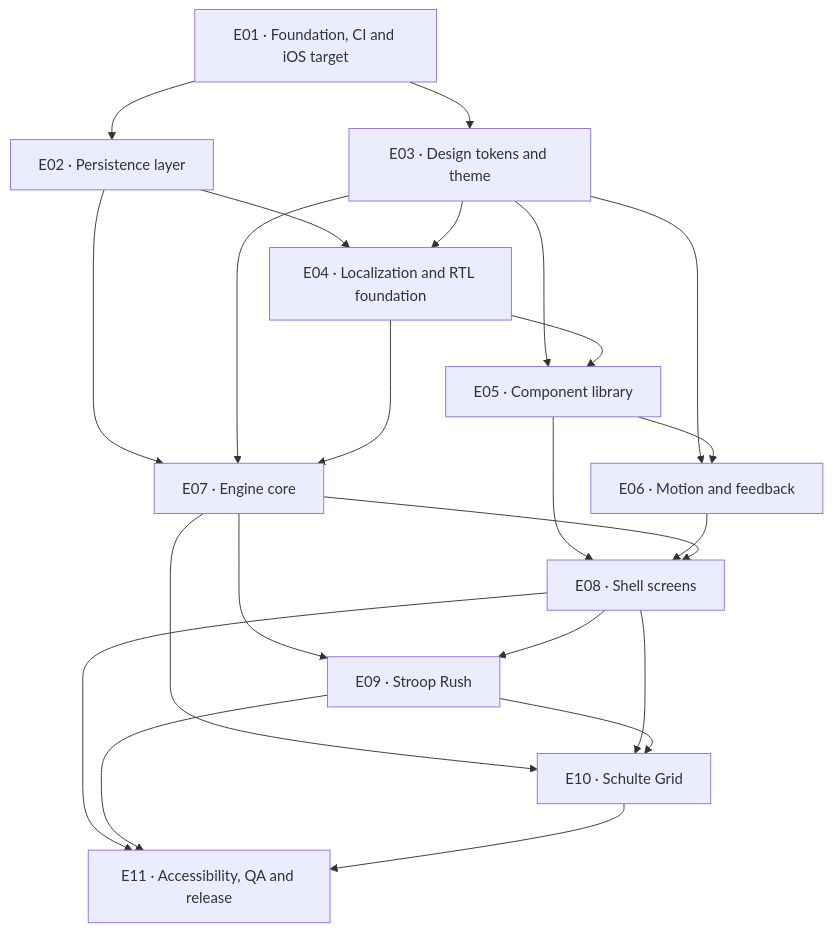
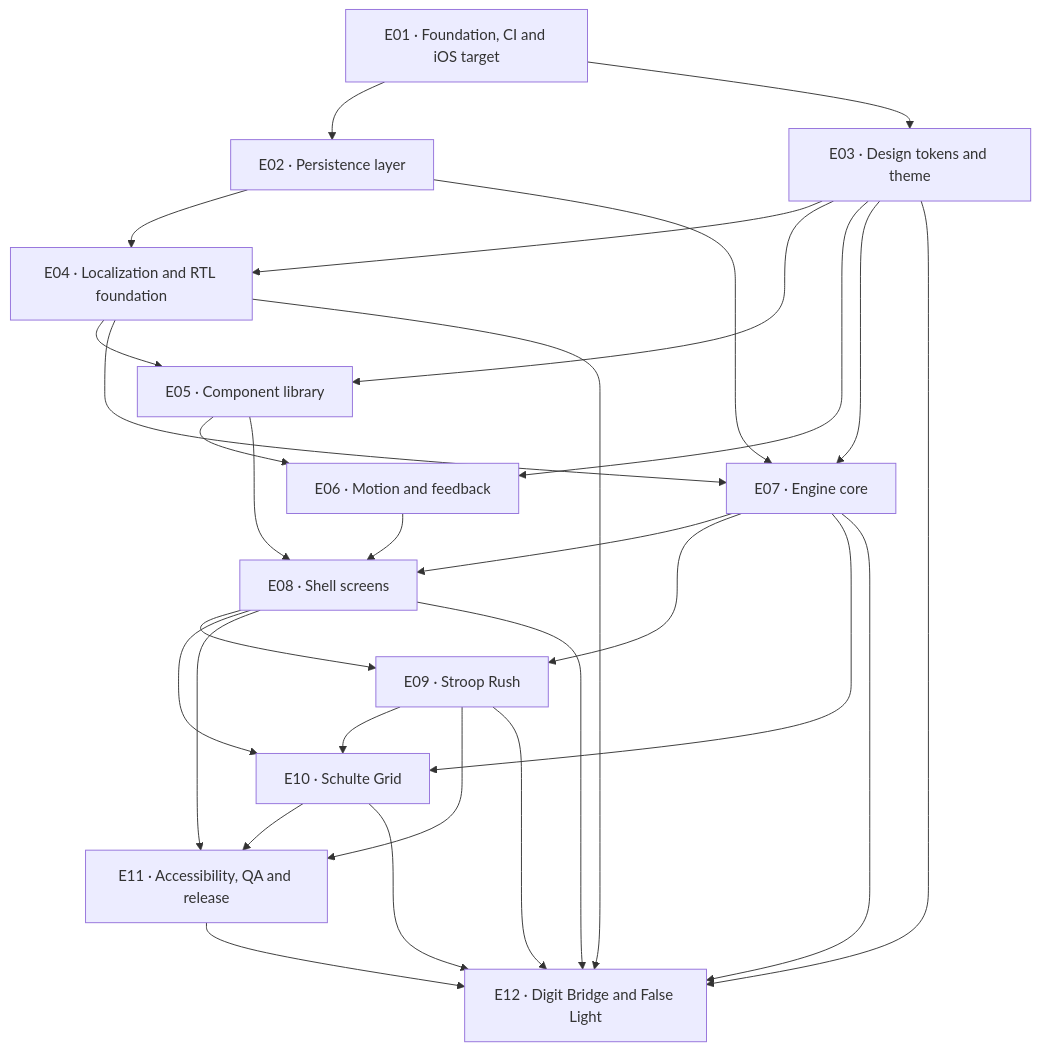
Before and after one commit to zakariaf/mindforge: the diagram in epics/README.md, drawn with Mermaid. The commit also changed other lines of this file and 8 other files, not shown here.

````diff
--- a/epics/README.md
+++ b/epics/README.md
@@ -63,37 +68,45 @@
 ```mermaid
 graph TD
   E01[E01 · Foundation, CI and iOS target]
   E02[E02 · Persistence layer]
   E03[E03 · Design tokens and theme]
   E04[E04 · Localization and RTL foundation]
   E05[E05 · Component library]
   E06[E06 · Motion and feedback]
   E07[E07 · Engine core]
   E08[E08 · Shell screens]
   E09[E09 · Stroop Rush]
   E10[E10 · Schulte Grid]
   E11[E11 · Accessibility, QA and release]
+  E12[E12 · Digit Bridge and False Light]
 
   E01 --> E02
   E01 --> E03
   E02 --> E04
   E03 --> E04
   E02 --> E07
   E03 --> E05
   E03 --> E06
   E03 --> E07
   E04 --> E05
   E04 --> E07
   E05 --> E06
   E05 --> E08
   E06 --> E08
   E07 --> E08
   E07 --> E09
   E07 --> E10
   E08 --> E09
   E08 --> E10
   E08 --> E11
   E09 --> E10
   E09 --> E11
   E10 --> E11
+  E03 --> E12
+  E04 --> E12
+  E07 --> E12
+  E08 --> E12
+  E09 --> E12
+  E10 --> E12
+  E11 --> E12
 ```
````
